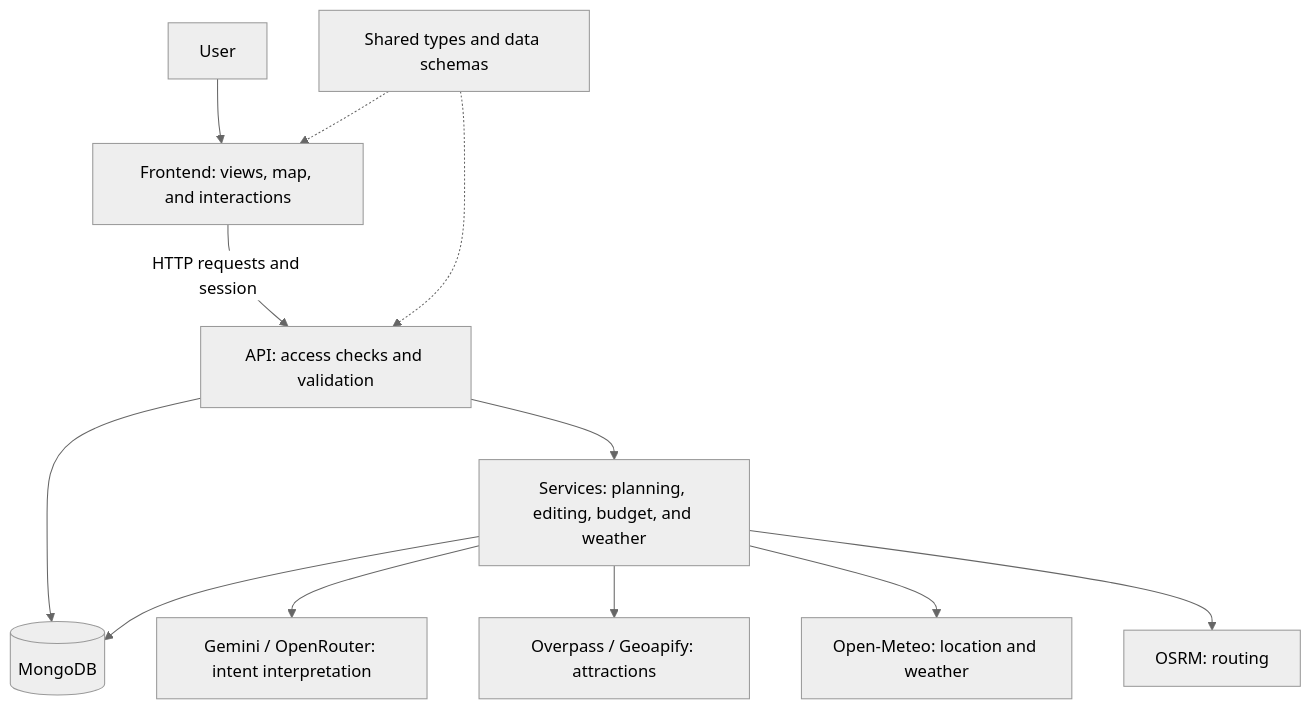
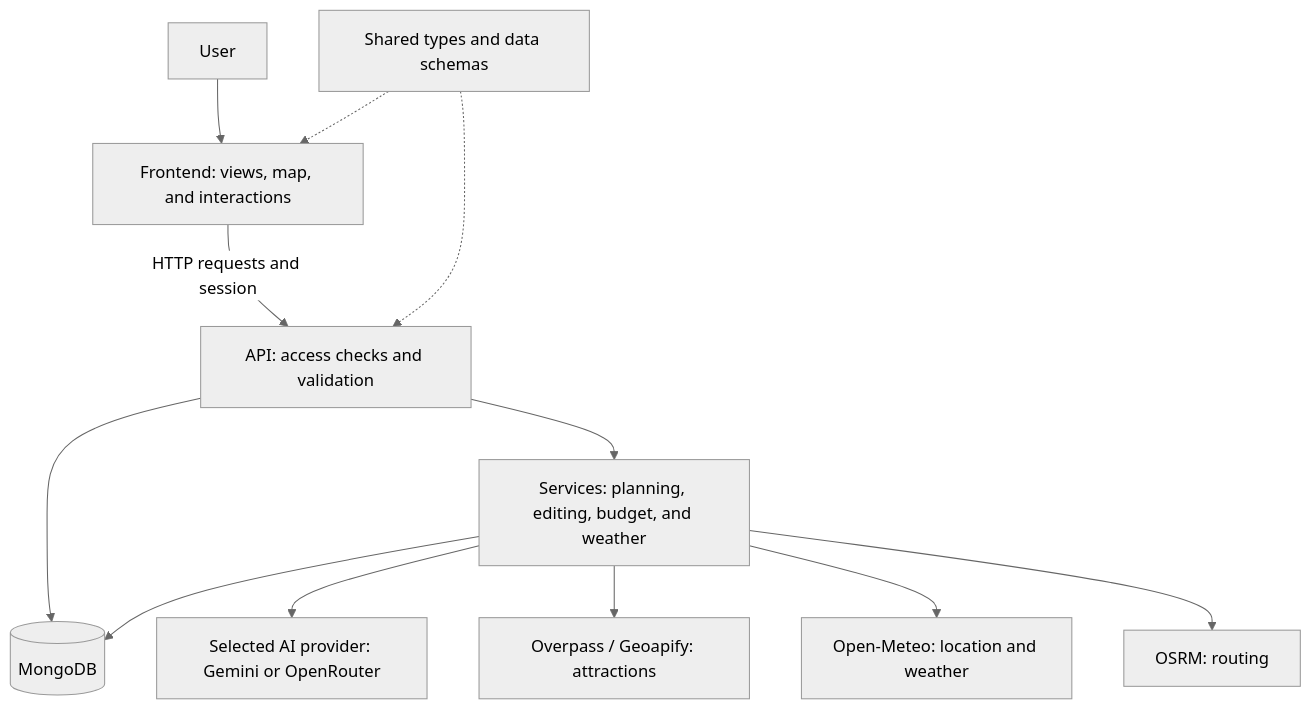
The second of 3 diagrams in README.md (GrzegorzWitkowsk1/Triply), drawn with Mermaid (neutral theme) before and after one commit. The commit also changed other lines of this file, not shown here.

````diff
--- a/README.md
+++ b/README.md
@@ -95,14 +103,14 @@
 ```mermaid
 flowchart TD
     User[User] --> Web[Frontend: views, map, and interactions]
     Web -->|HTTP requests and session| API[API: access checks and validation]
     API --> Domain[Services: planning, editing, budget, and weather]
     API --> DB[(MongoDB)]
     Domain --> DB
-    Domain --> AI[Gemini / OpenRouter: intent interpretation]
+    Domain --> AI[Selected AI provider: Gemini or OpenRouter]
     Domain --> Places[Overpass / Geoapify: attractions]
     Domain --> Weather[Open-Meteo: location and weather]
     Domain --> Routes[OSRM: routing]
     Shared[Shared types and data schemas] -.-> Web
     Shared -.-> API
 ```
````
